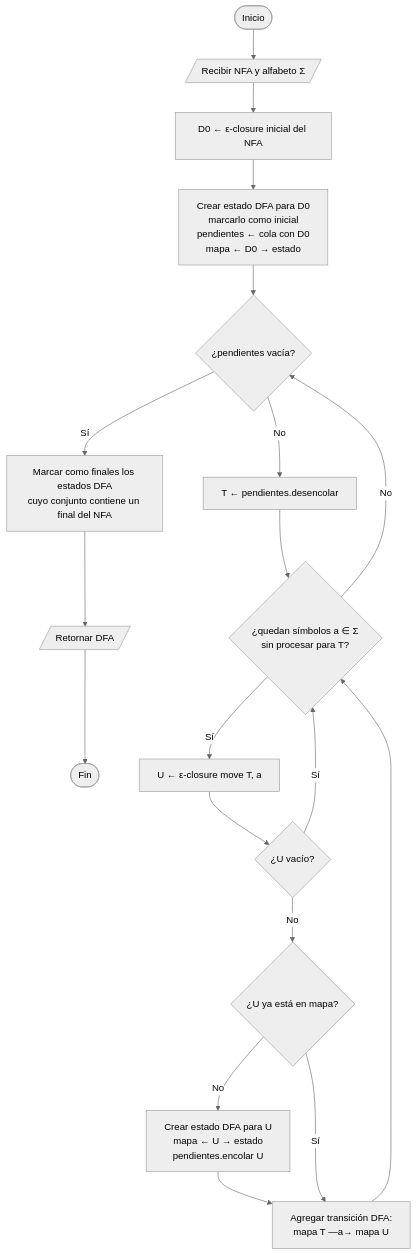
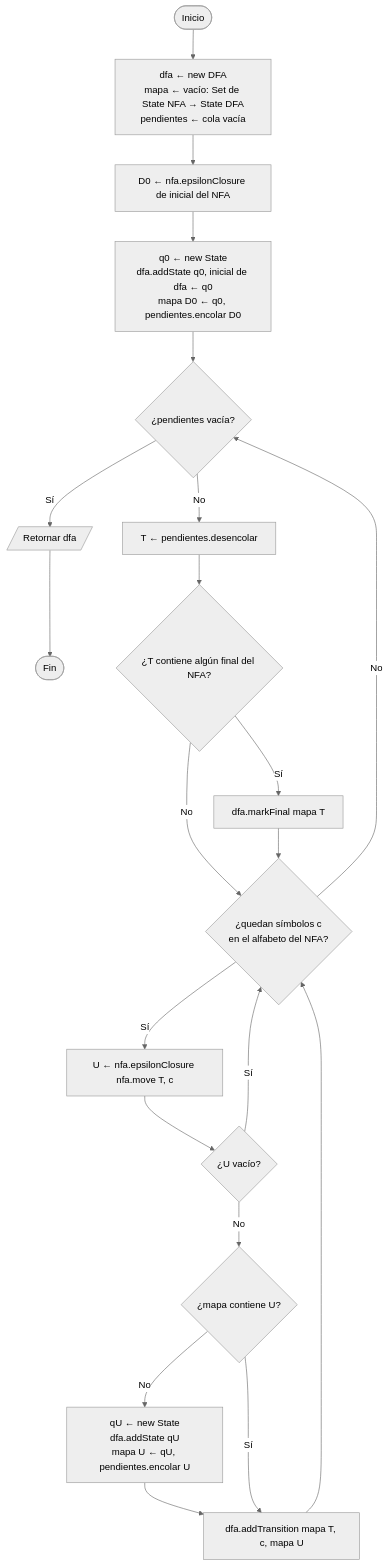
The third of 3 diagrams in docs/diagramas/04-subconjuntos.md (Leosanlo30/RegEx-to-DFA-Visualizer), drawn with Mermaid (neutral theme) before and after one commit. The commit also changed other lines of this file and 10 other files, not shown here.

Commit message:
docs: alinear diagramas de flujo con UML.md y REQUIREMENTS.md

````diff
--- a/docs/diagramas/04-subconjuntos.md
+++ b/docs/diagramas/04-subconjuntos.md
@@ -39,21 +42,23 @@
 ```mermaid
 flowchart TD
-    A([Inicio]) --> B[/Recibir NFA y alfabeto Σ/]
-    B --> C[D0 ← ε-closure inicial del NFA]
-    C --> D[Crear estado DFA para D0<br/>marcarlo como inicial<br/>pendientes ← cola con D0<br/>mapa ← D0 → estado]
+    A([Inicio]) --> B[dfa ← new DFA<br/>mapa ← vacío: Set de State NFA → State DFA<br/>pendientes ← cola vacía]
+    B --> C[D0 ← nfa.epsilonClosure de inicial del NFA]
+    C --> D[q0 ← new State<br/>dfa.addState q0, inicial de dfa ← q0<br/>mapa D0 ← q0, pendientes.encolar D0]
     D --> E{¿pendientes vacía?}
-    E -- Sí --> M[Marcar como finales los estados DFA<br/>cuyo conjunto contiene un final del NFA]
-    M --> R[/Retornar DFA/]
+    E -- Sí --> R[/Retornar dfa/]
     R --> Z([Fin])
     E -- No --> F[T ← pendientes.desencolar]
-    F --> G{¿quedan símbolos a ∈ Σ<br/>sin procesar para T?}
-    G -- No --> E
-    G -- Sí --> H[U ← ε-closure move T, a]
-    H --> I{¿U vacío?}
-    I -- Sí --> G
-    I -- No --> J{¿U ya está en mapa?}
-    J -- No --> K[Crear estado DFA para U<br/>mapa ← U → estado<br/>pendientes.encolar U]
-    K --> L
-    J -- Sí --> L[Agregar transición DFA:<br/>mapa T —a→ mapa U]
-    L --> G
+    F --> G{¿T contiene algún final del NFA?}
+    G -- Sí --> H[dfa.markFinal mapa T]
+    G -- No --> I
+    H --> I{¿quedan símbolos c<br/>en el alfabeto del NFA?}
+    I -- No --> E
+    I -- Sí --> J[U ← nfa.epsilonClosure nfa.move T, c]
+    J --> K{¿U vacío?}
+    K -- Sí --> I
+    K -- No --> L{¿mapa contiene U?}
+    L -- No --> M[qU ← new State<br/>dfa.addState qU<br/>mapa U ← qU, pendientes.encolar U]
+    M --> N
+    L -- Sí --> N[dfa.addTransition mapa T, c, mapa U]
+    N --> I
 ```
````
